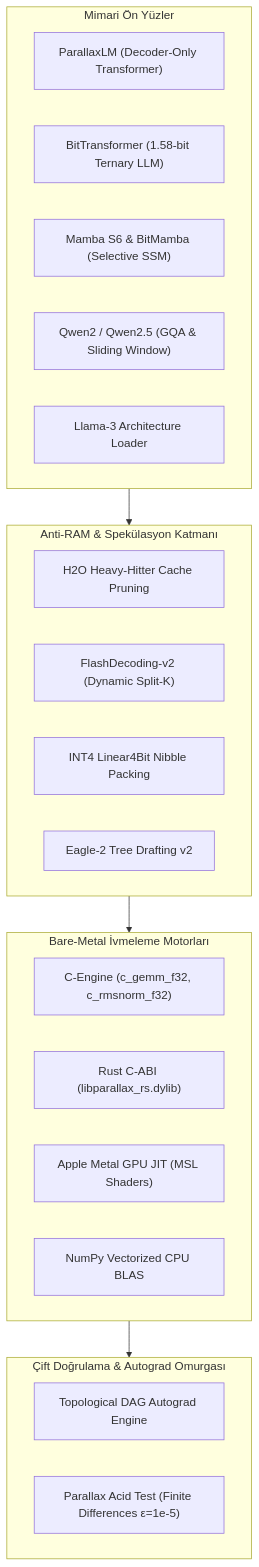
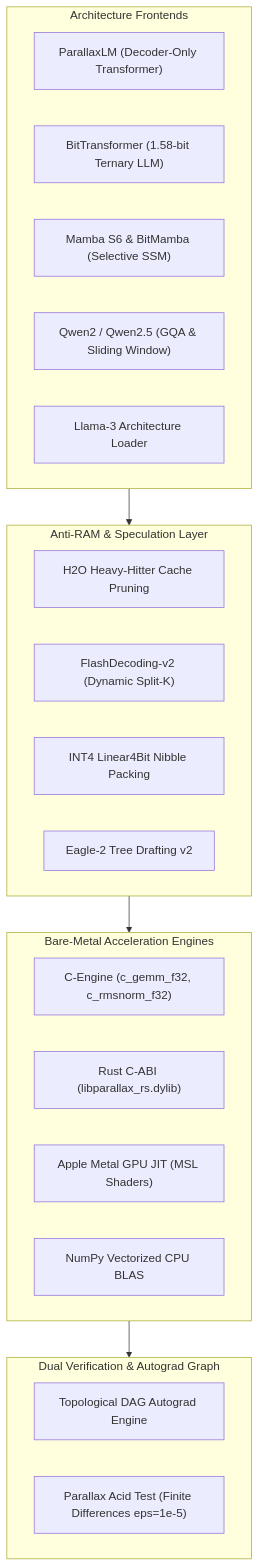
Before and after one commit to gokselozgur5/parallax-core: the first of 2 diagrams in VISION.md, drawn with Mermaid. The commit also changed other lines of this file, not shown here.

Commit message:
docs(vision): translate header and core mission section to English

````diff
--- a/VISION.md
+++ b/VISION.md
@@ -19,33 +19,33 @@
 ```mermaid
 flowchart TD
-    subgraph Frontends ["Mimari Ön Yüzler"]
+    subgraph Frontends ["Architecture Frontends"]
         LLM["ParallaxLM (Decoder-Only Transformer)"]
         BT["BitTransformer (1.58-bit Ternary LLM)"]
         MAMBA["Mamba S6 & BitMamba (Selective SSM)"]
         QWEN["Qwen2 / Qwen2.5 (GQA & Sliding Window)"]
         LLAMA["Llama-3 Architecture Loader"]
     end
 
-    subgraph Optimizations ["Anti-RAM & Spekülasyon Katmanı"]
+    subgraph Optimizations ["Anti-RAM & Speculation Layer"]
         H2O["H2O Heavy-Hitter Cache Pruning"]
         FD2["FlashDecoding-v2 (Dynamic Split-K)"]
         INT4["INT4 Linear4Bit Nibble Packing"]
         EAGLE["Eagle-2 Tree Drafting v2"]
     end
 
-    subgraph NativeCore ["Bare-Metal İvmeleme Motorları"]
+    subgraph NativeCore ["Bare-Metal Acceleration Engines"]
         C_ENG["C-Engine (c_gemm_f32, c_rmsnorm_f32)"]
         RS_ENG["Rust C-ABI (libparallax_rs.dylib)"]
         METAL["Apple Metal GPU JIT (MSL Shaders)"]
         NUMPY["NumPy Vectorized CPU BLAS"]
     end
 
-    subgraph Verification ["Çift Doğrulama & Autograd Omurgası"]
+    subgraph Verification ["Dual Verification & Autograd Graph"]
         DAG["Topological DAG Autograd Engine"]
-        ACID["Parallax Acid Test (Finite Differences ε=1e-5)"]
+        ACID["Parallax Acid Test (Finite Differences eps=1e-5)"]
     end
 
     Frontends --> Optimizations
     Optimizations --> NativeCore
     NativeCore --> Verification
 ```
````
